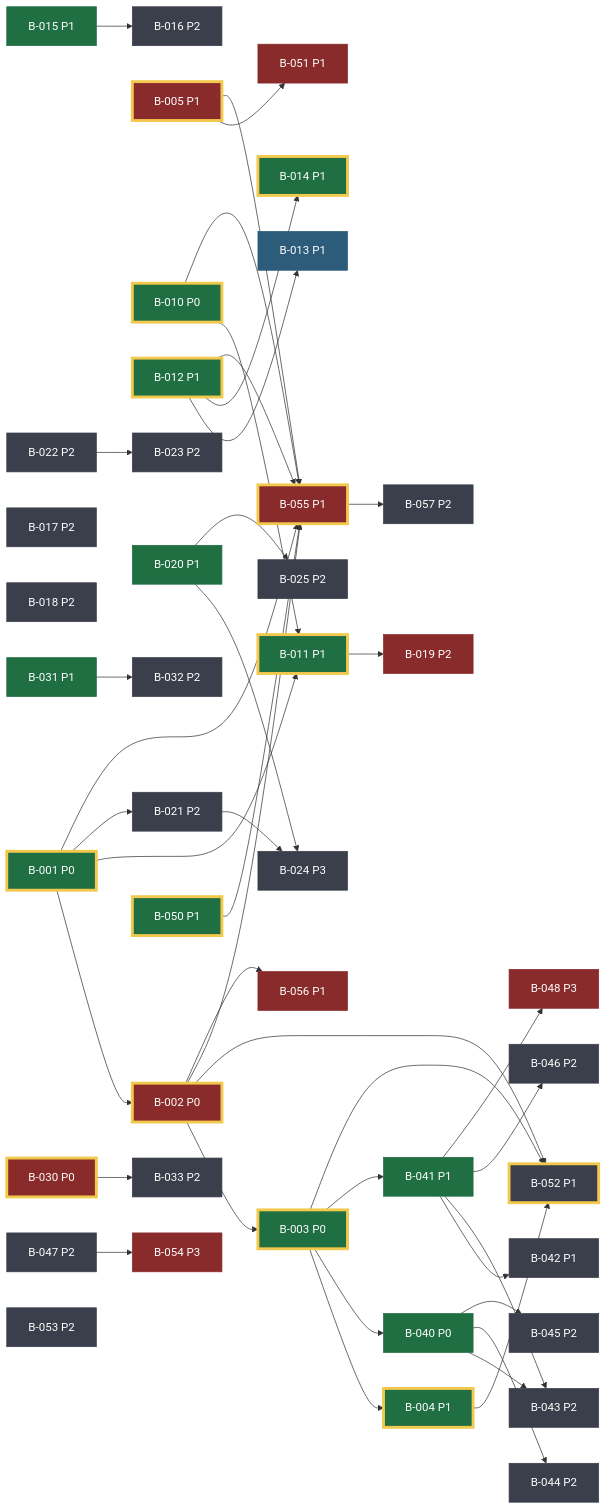
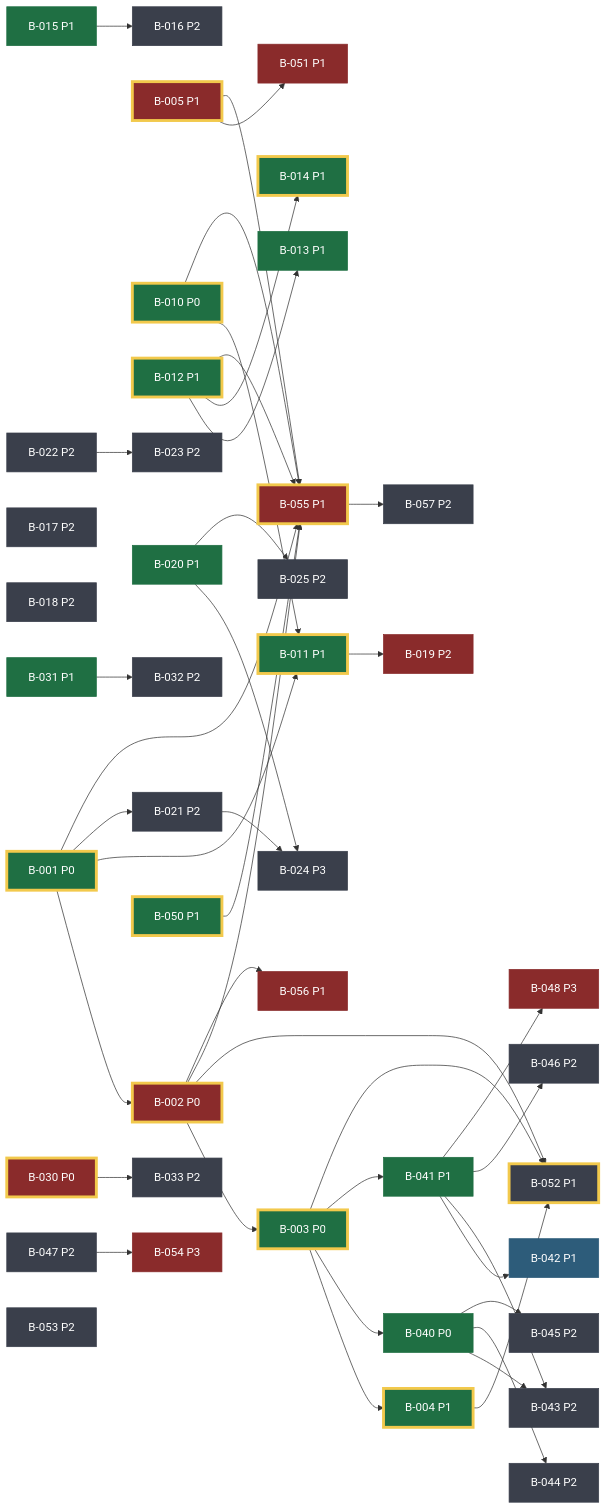
Before and after one commit to SaginbekDaniel/SYNAPTIC-LABS: the diagram in docs/handoff/DEPENDENCY_MAP.md, drawn with Mermaid. The commit also changed 22 other files, not shown here.

```diff
--- a/docs/handoff/DEPENDENCY_MAP.md
+++ b/docs/handoff/DEPENDENCY_MAP.md
@@ -22,7 +22,7 @@
   B010["B-010 P0"]:::done
   B011["B-011 P1"]:::done
   B012["B-012 P1"]:::done
-  B013["B-013 P1"]:::verified
+  B013["B-013 P1"]:::done
   B014["B-014 P1"]:::done
   B015["B-015 P1"]:::done
   B016["B-016 P2"]:::todo
@@ -41,7 +41,7 @@
   B033["B-033 P2"]:::todo
   B040["B-040 P0"]:::done
   B041["B-041 P1"]:::done
-  B042["B-042 P1"]:::todo
+  B042["B-042 P1"]:::verified
   B043["B-043 P2"]:::todo
   B044["B-044 P2"]:::todo
   B045["B-045 P2"]:::todo
```
